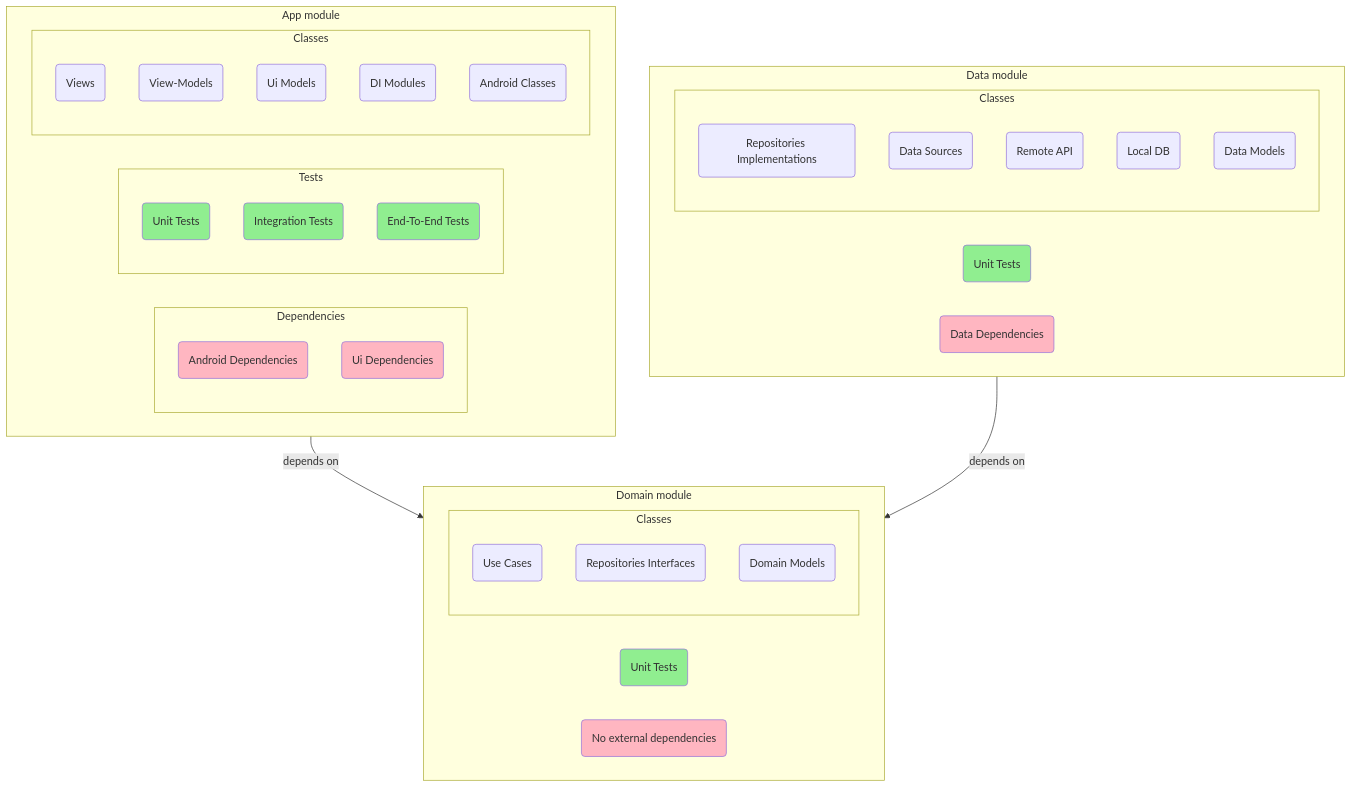
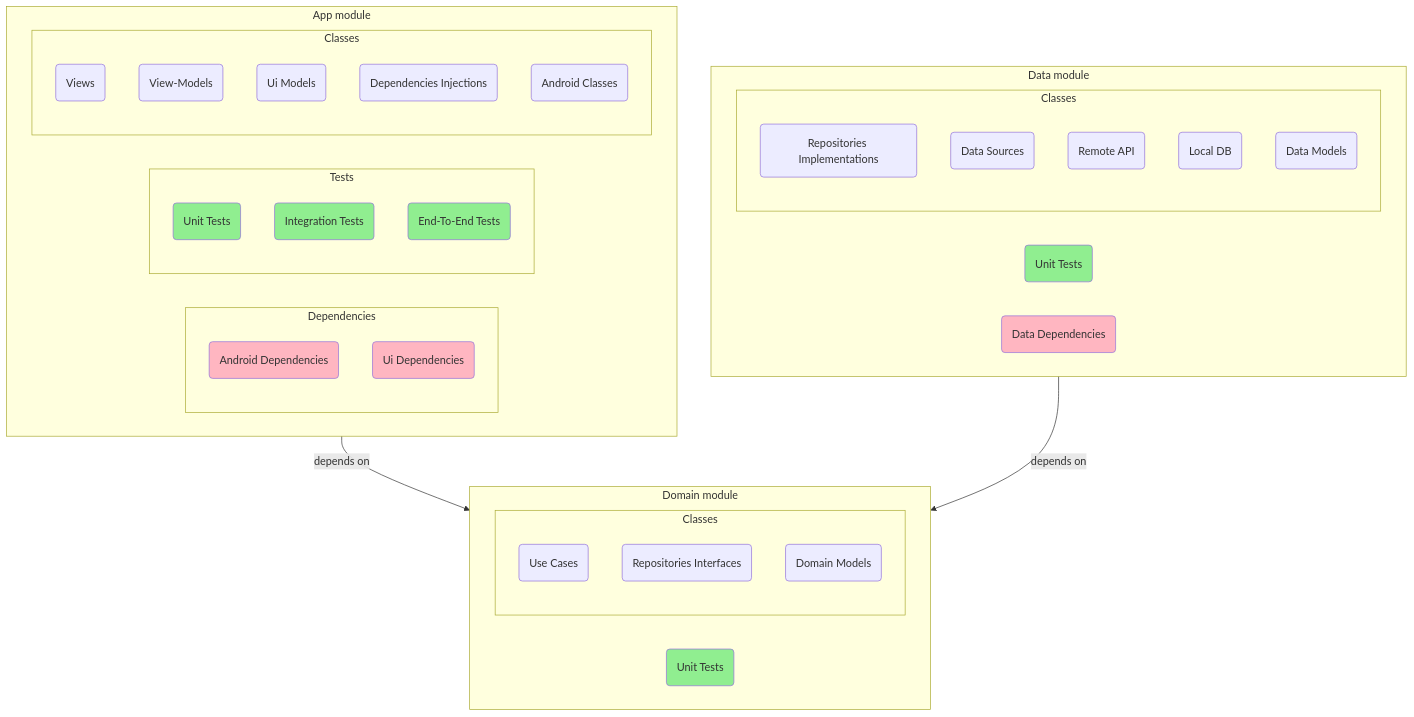
Before and after one commit to AntonShapovalov/Clean-Architecture-Android: the diagram in README.md, drawn with Mermaid. The commit also changed 2 other files, not shown here.

Commit message:
Update libs versions

````diff
--- a/README.md
+++ b/README.md
@@ -40,57 +40,56 @@
 ```mermaid
 graph TD
     subgraph APP[App module]
         direction LR
         subgraph AppDependencies[Dependencies]
             direction TB
             AndroidDependencies(Android Dependencies):::red
             UiDependencies(Ui Dependencies):::red
         end
         subgraph AppTests[Tests]
             direction TB
             AppUnitTests(Unit Tests):::green
             IntegrationTests(Integration Tests):::green
             E2ETests(End-To-End Tests):::green
         end
         subgraph AppClasses[Classes]
             direction TB
             Views(Views)
             ViewModels(View-Models)
             UiModels(Ui Models)
-            DI(DI Modules)
+            DI(Dependencies Injections)
             Android(Android Classes)
         end
     end
 
     subgraph DOMAIN[Domain module]
         direction LR
         subgraph DomainClasses[Classes]
             direction TB
             UseCases(Use Cases)
             Repositories(Repositories Interfaces)
             DomainModels(Domain Models)
         end
         DomainUnitTests(Unit Tests):::green
-        DomainDependencies(No external dependencies):::red
     end
 
     subgraph DATA[Data module]
         direction LR
         DataClassesTests(Unit Tests):::green
         DataDependencies(Data Dependencies):::red
         subgraph DataClasses[Classes]
             direction TB
             RepositoriesImpl(Repositories Implementations)
             DataSources(Data Sources)
             RemoteAPI(Remote API)
             LocalDB(Local DB)
             DataModels(Data Models)
         end
     end
 
     APP--depends on-->DOMAIN
     DATA--depends on-->DOMAIN
     
     classDef green fill:#90EE90
     classDef red fill:#FFB6C1
 ```
````
